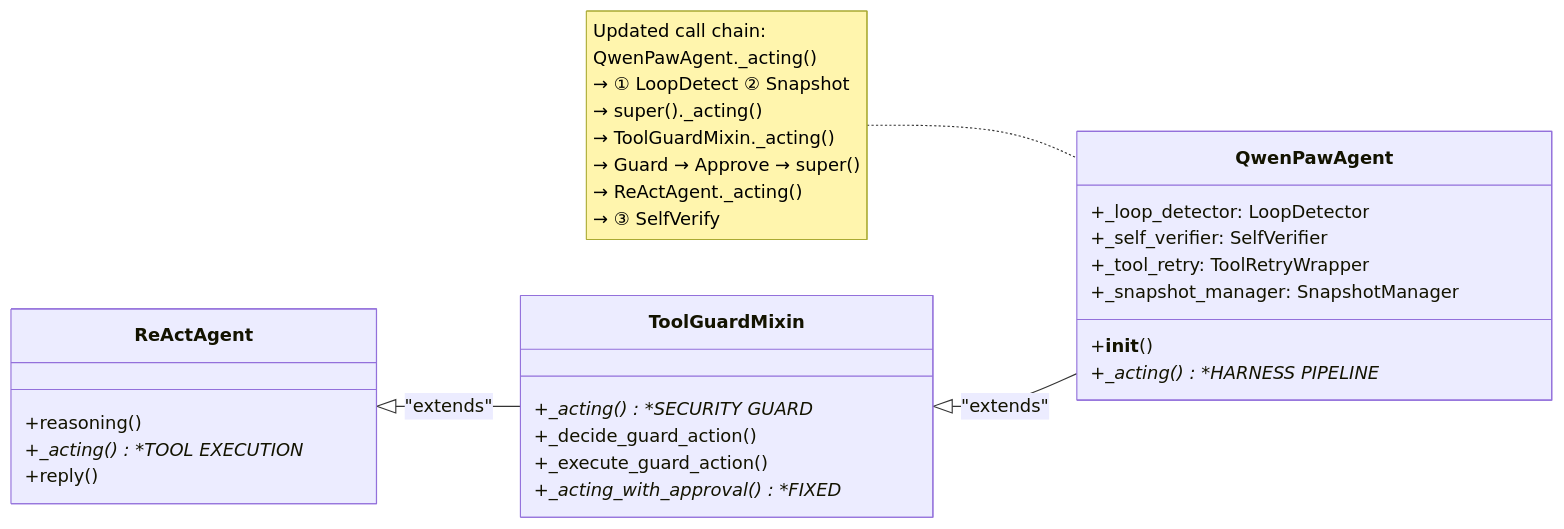
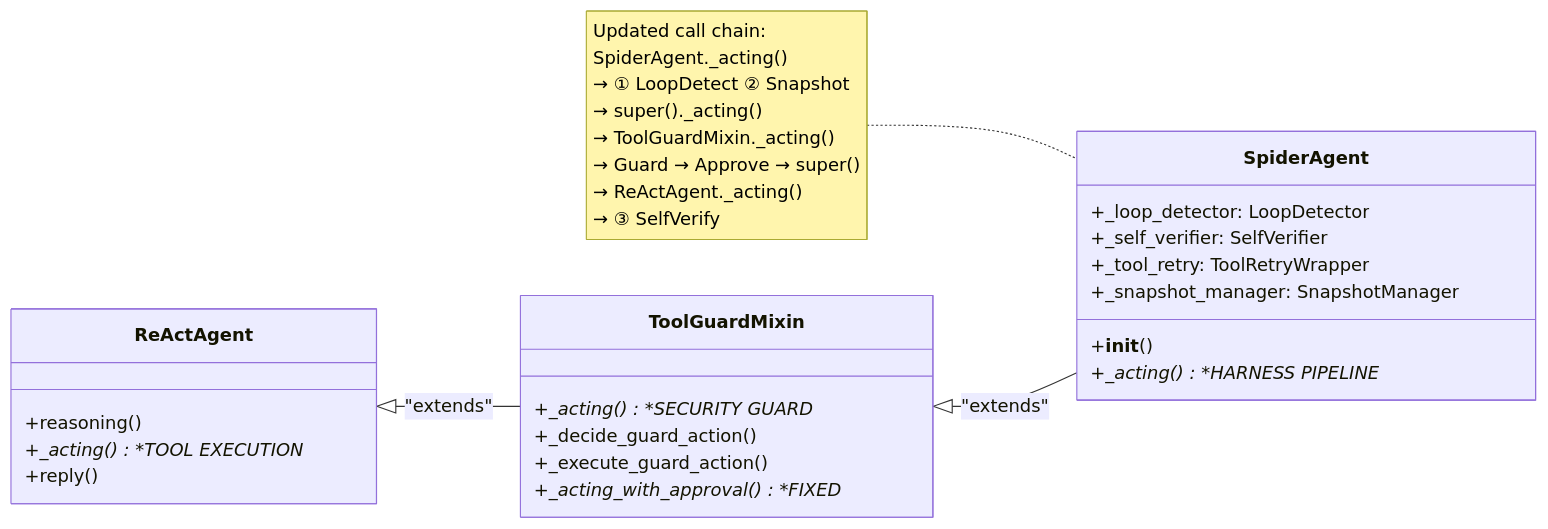
One commit to phamdinhdat-ai/SpiderAgents changed the fourth of 5 diagrams in docs/14-design-patterns.md. Above: the diagram before and after it, drawn with Mermaid. The commit also changed other lines of this file and 37 other files, not shown here.

````diff
--- a/docs/14-design-patterns.md
+++ b/docs/14-design-patterns.md
@@ -509,38 +509,38 @@
 ```mermaid
 classDiagram
     direction LR
     
     class ReActAgent {
         +reasoning()
         +_acting() **TOOL EXECUTION**
         +reply()
     }
     
     class ToolGuardMixin {
         +_acting() **SECURITY GUARD**
         +_decide_guard_action()
         +_execute_guard_action()
         +_acting_with_approval() **FIXED**
     }
     
-    class QwenPawAgent {
+    class SpiderAgent {
         +__init__()
         +_acting() **HARNESS PIPELINE**
         +_loop_detector: LoopDetector
         +_self_verifier: SelfVerifier
         +_tool_retry: ToolRetryWrapper
         +_snapshot_manager: SnapshotManager
     }
     
     ReActAgent <|-- ToolGuardMixin : "extends"
-    ToolGuardMixin <|-- QwenPawAgent : "extends"
+    ToolGuardMixin <|-- SpiderAgent : "extends"
     
-    note for QwenPawAgent "Updated call chain:
-    QwenPawAgent._acting()
+    note for SpiderAgent "Updated call chain:
+    SpiderAgent._acting()
       → ① LoopDetect ② Snapshot
       → super()._acting()
         → ToolGuardMixin._acting()
           → Guard → Approve → super()
             → ReActAgent._acting()
       → ③ SelfVerify"
 ```
````
